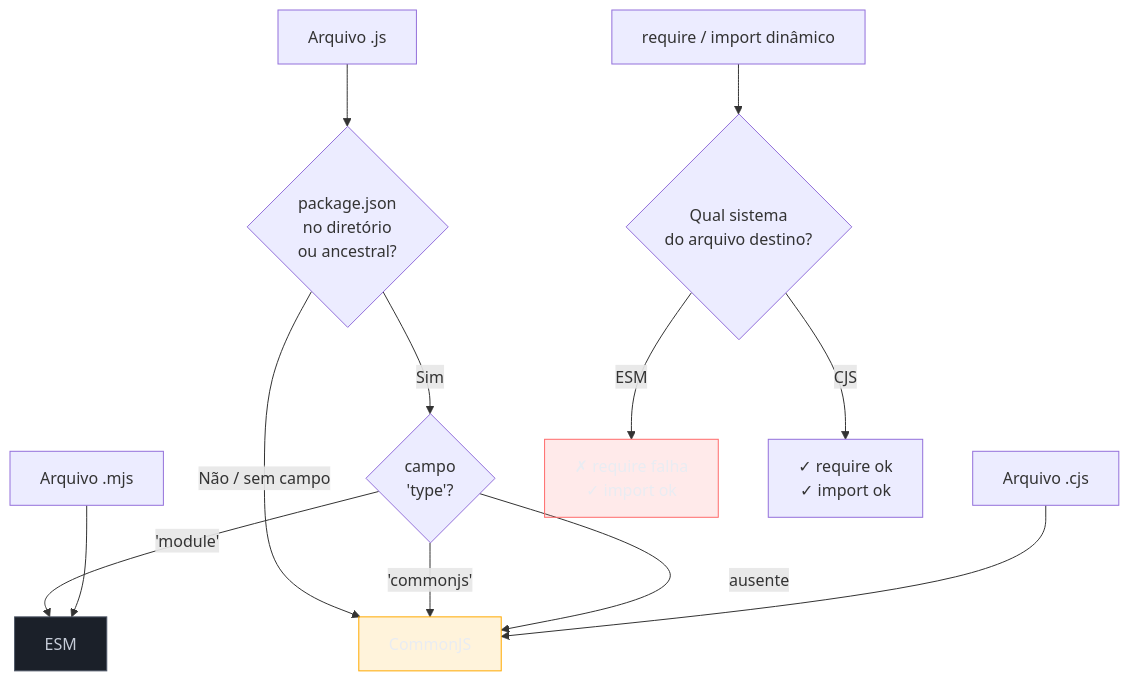
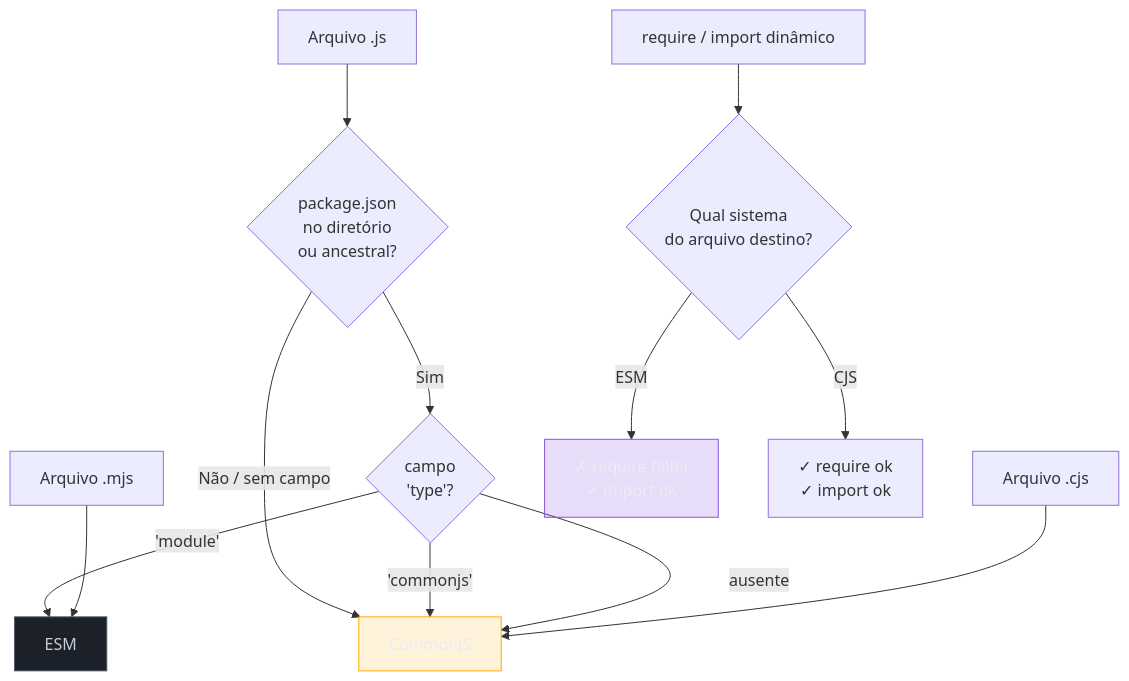
One commit to josenaldo/codex-technomanticus changed the diagram in 03-Dominios/Tecnologia/Node/Runtime e Event Loop/14 - ESM vs CommonJS.md. Above: the diagram before and after it, drawn with Mermaid. The commit also changed 601 other files, not shown here.

````diff
--- a/03-Dominios/Tecnologia/Node/Runtime e Event Loop/14 - ESM vs CommonJS.md
+++ b/03-Dominios/Tecnologia/Node/Runtime e Event Loop/14 - ESM vs CommonJS.md
@@ -89,21 +89,21 @@
 ```mermaid
 flowchart TD
+    classDef marca fill:#8855DF33,stroke:#8855DF,color:#E9ECF2
     classDef neutro fill:#1B2029,stroke:#4E5666,color:#C6CCD8
     classDef destaque fill:#FFAA0024,stroke:#FFAA00,color:#E9ECF2
-    classDef falha fill:#FF6B6B24,stroke:#FF6B6B,color:#E9ECF2
     A[Arquivo .js] --> B{package.json\nno diretório\nou ancestral?}
     B -->|Sim| C{campo\n'type'?}
     B -->|Não / sem campo| D[CommonJS]
     C -->|'module'| E[ESM]
     C -->|'commonjs'| D
     C -->|ausente| D
     F[Arquivo .mjs] --> E
     G[Arquivo .cjs] --> D
     H[require / import dinâmico] --> I{Qual sistema\ndo arquivo destino?}
     I -->|ESM| J[✗ require falha\n✓ import ok]
     I -->|CJS| K[✓ require ok\n✓ import ok]
 
     class E neutro
     class D destaque
-    class J falha
+    class J marca
 ```
````
